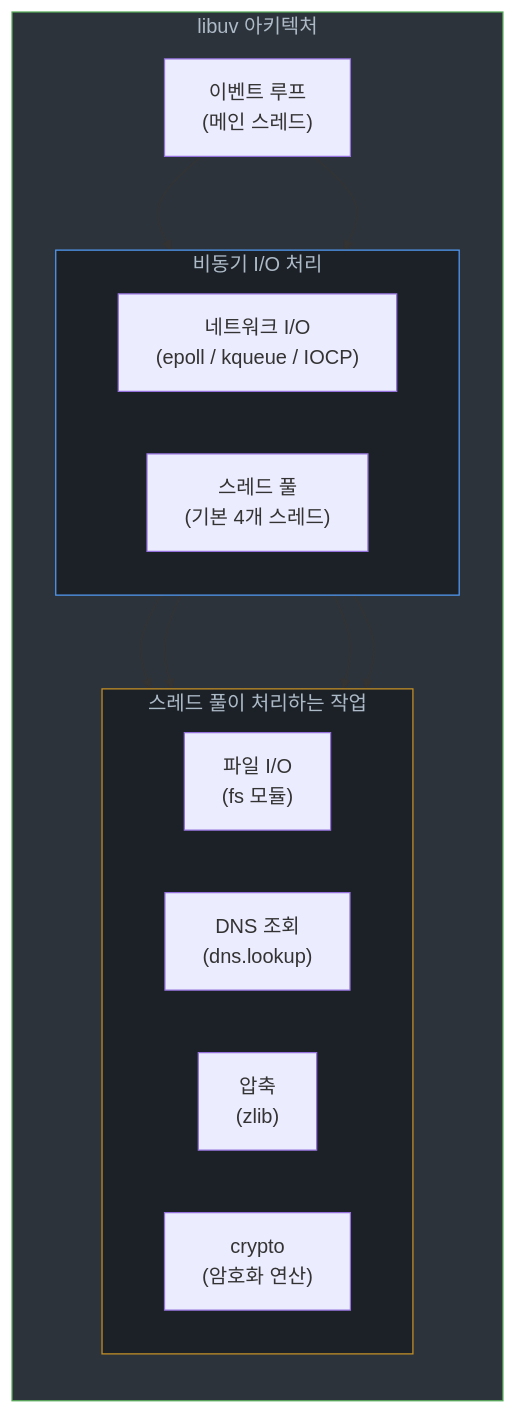
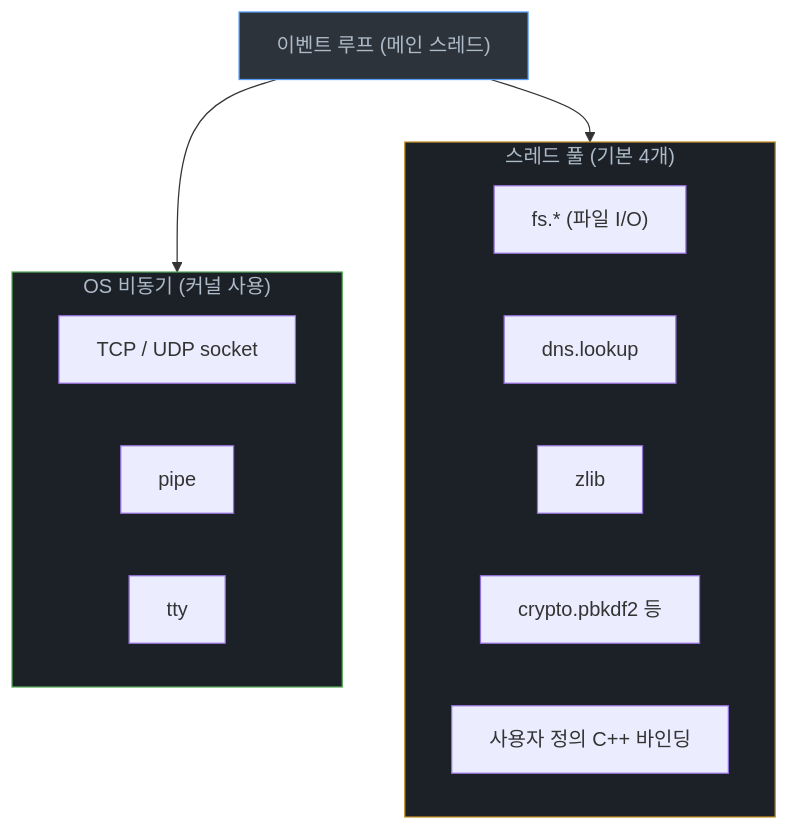
The third of 4 diagrams in Develop/Framework/Node/Nodejs의 구조 및 작동 원리/Node.md (GYUTORY/YGSTUDY), drawn with Mermaid before and after one commit. The commit also changed other lines of this file and 2 other files, not shown here.

````diff
--- a/Develop/Framework/Node/Nodejs의 구조 및 작동 원리/Node.md
+++ b/Develop/Framework/Node/Nodejs의 구조 및 작동 원리/Node.md
@@ -109,32 +137,25 @@
 ```mermaid
 graph TB
-    subgraph LIBUV["libuv 아키텍처"]
-        direction TB
-        EL["이벤트 루프<br/>(메인 스레드)"]
-        
-        subgraph ASYNC_IO["비동기 I/O 처리"]
-            direction LR
-            NET["네트워크 I/O<br/>(epoll / kqueue / IOCP)"]
-            TP["스레드 풀<br/>(기본 4개 스레드)"]
-        end
-        
-        subgraph TP_WORK["스레드 풀이 처리하는 작업"]
-            direction LR
-            W1["파일 I/O<br/>(fs 모듈)"]
-            W2["DNS 조회<br/>(dns.lookup)"]
-            W3["압축<br/>(zlib)"]
-            W4["crypto<br/>(암호화 연산)"]
-        end
+    EL["이벤트 루프 (메인 스레드)"]
+
+    subgraph KERNEL_ASYNC["OS 비동기 (커널 사용)"]
+        K1["TCP / UDP socket"]
+        K2["pipe"]
+        K3["tty"]
     end
 
-    EL --> NET
+    subgraph TP["스레드 풀 (기본 4개)"]
+        T1["fs.* (파일 I/O)"]
+        T2["dns.lookup"]
+        T3["zlib"]
+        T4["crypto.pbkdf2 등"]
+        T5["사용자 정의 C++ 바인딩"]
+    end
+
+    EL --> KERNEL_ASYNC
     EL --> TP
-    TP --> W1
-    TP --> W2
-    TP --> W3
-    TP --> W4
 
-    style LIBUV fill:#2d333b,stroke:#57ab5a,color:#adbac7
-    style ASYNC_IO fill:#1c2128,stroke:#539bf5,color:#adbac7
-    style TP_WORK fill:#1c2128,stroke:#c69026,color:#adbac7
+    style EL fill:#2d333b,stroke:#539bf5,color:#adbac7
+    style KERNEL_ASYNC fill:#1c2128,stroke:#57ab5a,color:#adbac7
+    style TP fill:#1c2128,stroke:#c69026,color:#adbac7
 ```
````
